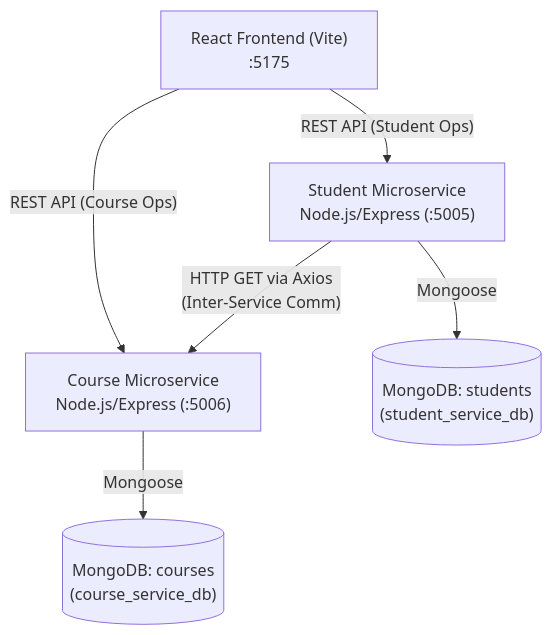
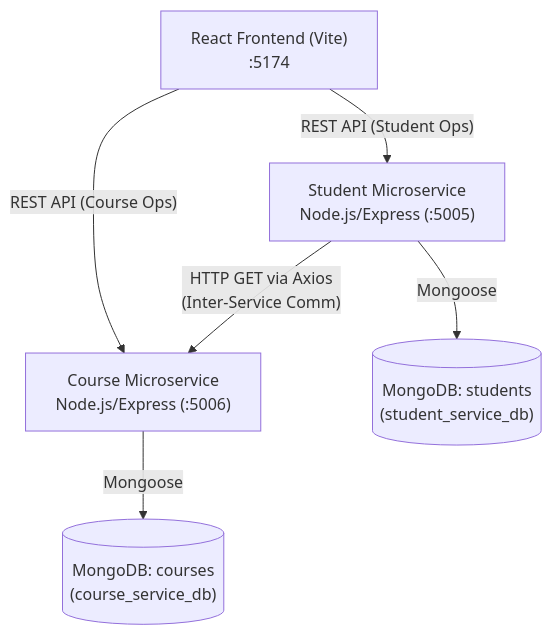
The diagram in README.md (DeepthiKeshavaraj/Student-Course-Management), drawn with Mermaid before and after one commit. The commit also changed other lines of this file and 7 other files, not shown here.

````diff
--- a/README.md
+++ b/README.md
@@ -38,9 +38,9 @@
 ```mermaid
 graph TD
-    Client["React Frontend (Vite) <br/> :5175"]
+    Client["React Frontend (Vite) <br/> :5174"]
     Client -->|"REST API (Student Ops)"| StudentService["Student Microservice <br/> Node.js/Express (:5005)"]
     Client -->|"REST API (Course Ops)"| CourseService["Course Microservice <br/> Node.js/Express (:5006)"]
     StudentService -->|"HTTP GET via Axios <br/> (Inter-Service Comm)"| CourseService
     StudentService -->|"Mongoose"| StudentDB[("MongoDB: students <br/> (student_service_db)")]
     CourseService -->|"Mongoose"| CourseDB[("MongoDB: courses <br/> (course_service_db)")]
 ```
````
